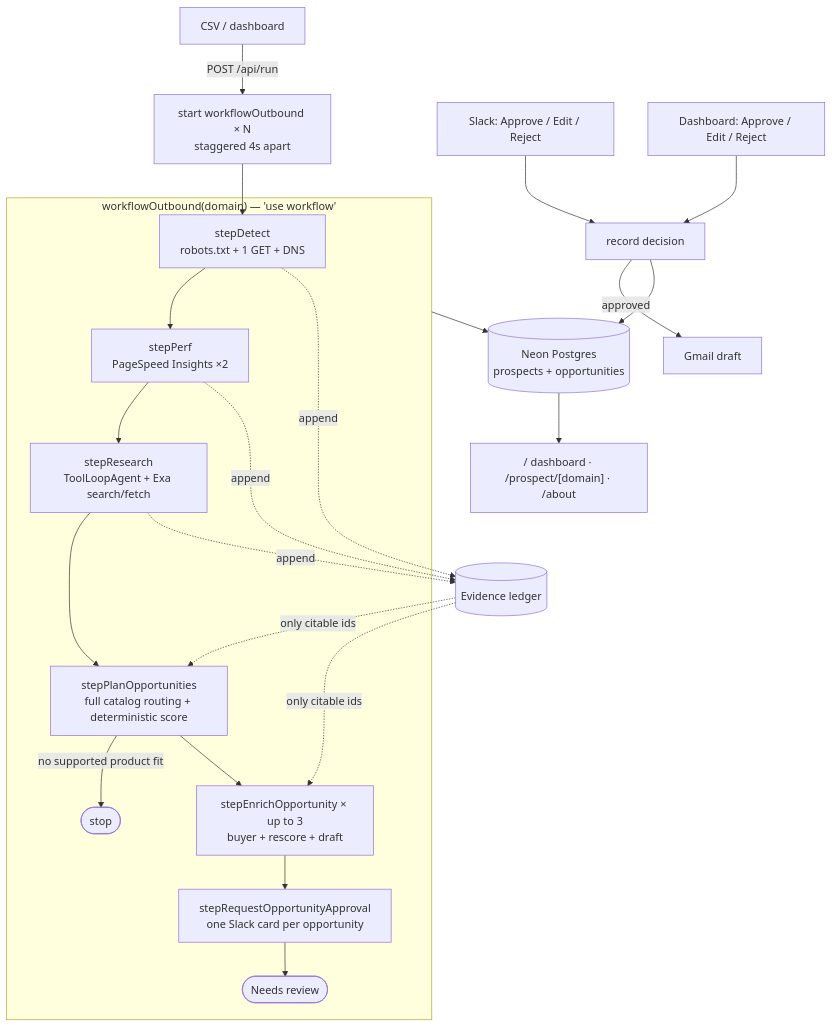
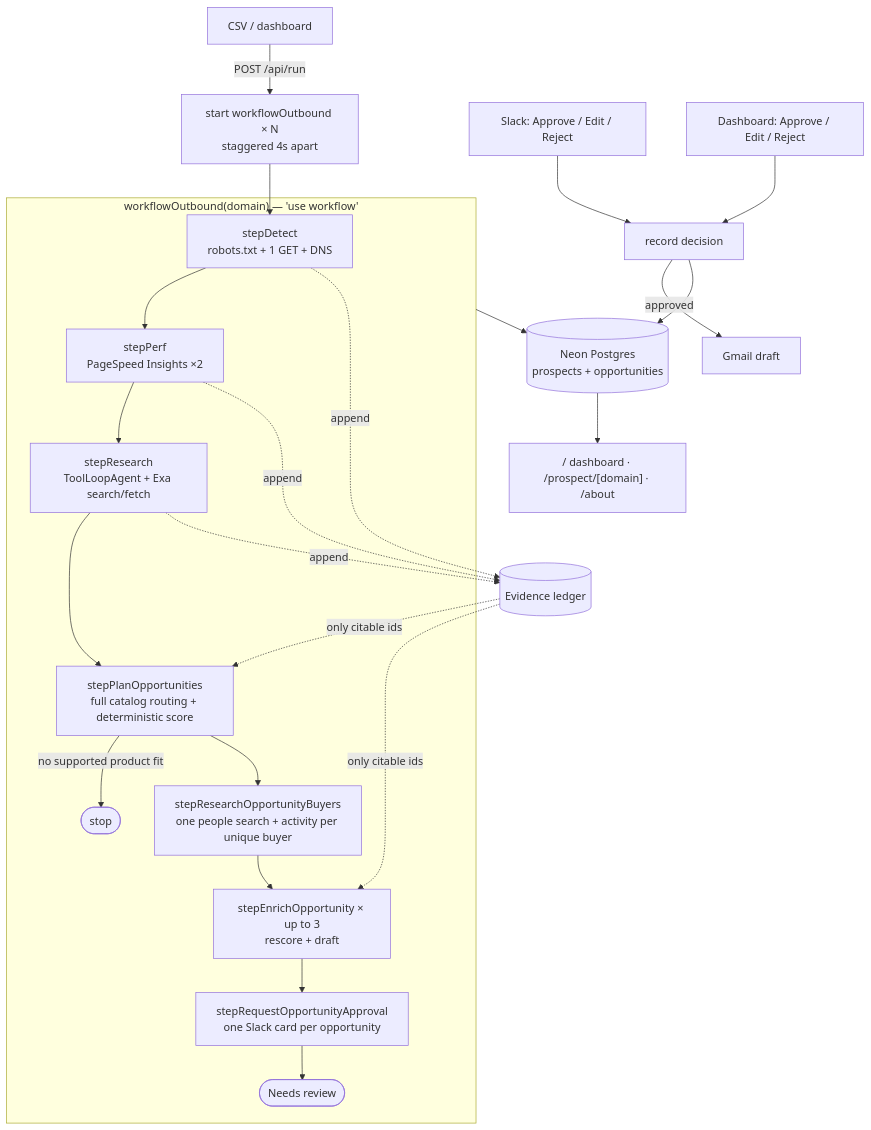
The diagram in README.md (alvinalaphat/next-prospect), drawn with Mermaid before and after one commit. The commit also changed other lines of this file and 82 other files, not shown here.

````diff
--- a/README.md
+++ b/README.md
@@ -53,26 +49,27 @@
 ```mermaid
 flowchart TD
     CSV[CSV / dashboard] -->|POST /api/run| RUN[start workflowOutbound × N<br/>staggered 4s apart]
     RUN --> D
 
     subgraph WF["workflowOutbound(domain) — 'use workflow'"]
         D["stepDetect<br/>robots.txt + 1 GET + DNS"] --> P["stepPerf<br/>PageSpeed Insights ×2"]
         P --> R["stepResearch<br/>ToolLoopAgent + Exa search/fetch"]
         R --> Q["stepPlanOpportunities<br/>full catalog routing + deterministic score"]
         Q -->|no supported product fit| STOP2([stop])
-        Q --> B["stepEnrichOpportunity × up to 3<br/>buyer + rescore + draft"]
+        Q --> BR["stepResearchOpportunityBuyers<br/>one people search + activity per unique buyer"]
+        BR --> B["stepEnrichOpportunity × up to 3<br/>rescore + draft"]
         B --> H["stepRequestOpportunityApproval<br/>one Slack card per opportunity"]
         H --> DONE([Needs review])
     end
 
     D & P & R -.->|append| LEDGER[(Evidence ledger)]
     LEDGER -.->|only citable ids| Q & B
 
     SLACK[Slack: Approve / Edit / Reject] --> DEC[record decision]
     DASH[Dashboard: Approve / Edit / Reject] --> DEC
     DEC -->|approved| GMAIL[Gmail draft]
     DEC --> DB
 
     WF --> DB[(Neon Postgres<br/>prospects + opportunities)]
     DB --> UI["/ dashboard · /prospect/[domain] · /about"]
 ```
````
